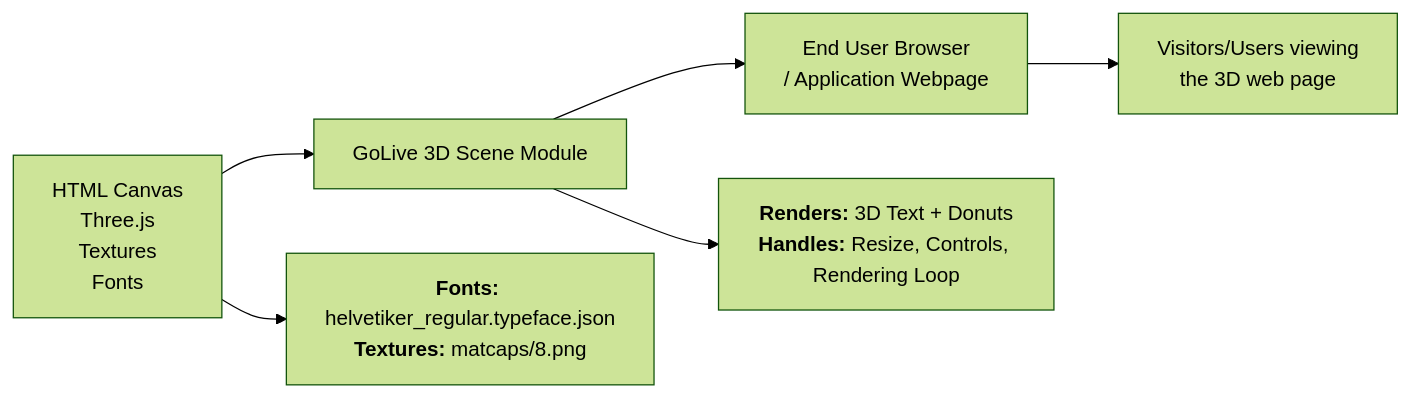
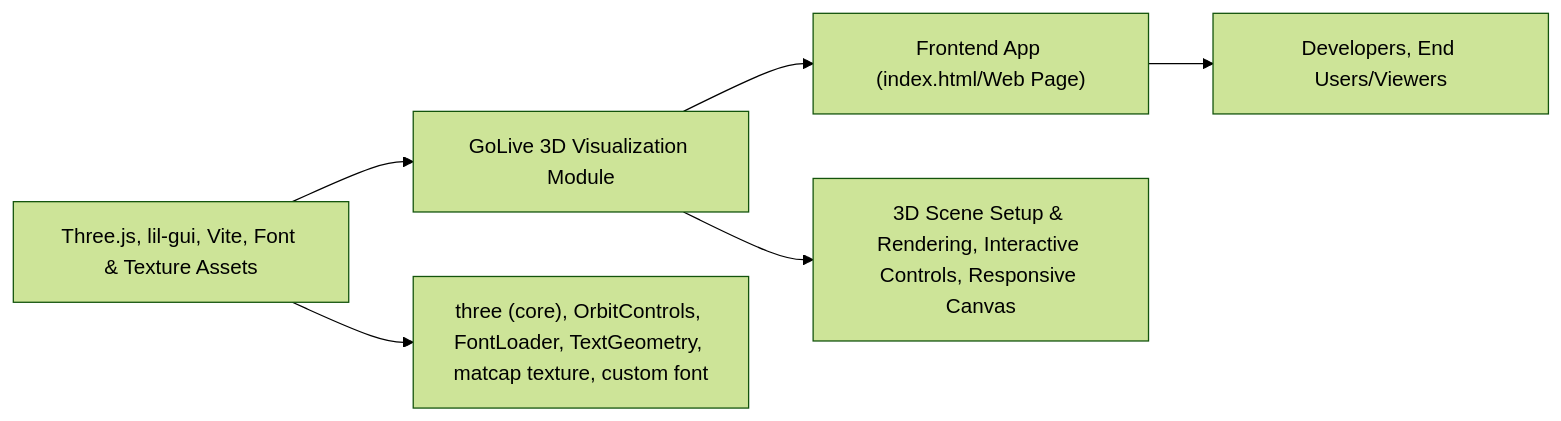
The diagram in .shelfya/guide/golive.md (NicoooM/three-js-test), drawn with Mermaid (forest theme) before and after one commit. The commit also changed other lines of this file and 15 other files, not shown here.

````diff
--- a/.shelfya/guide/golive.md
+++ b/.shelfya/guide/golive.md
@@ -51,8 +55,9 @@
 ```mermaid
 flowchart LR
-  dependencies["HTML Canvas<br/>Three.js<br/>Textures<br/>Fonts"] --> thisModule["GoLive 3D Scene Module"]
-  thisModule --> usedBy["End User Browser<br/>/ Application Webpage"]
-  dependencies --> details["<b>Fonts:</b> helvetiker_regular.typeface.json<br/><b>Textures:</b> matcaps/8.png"]
-  thisModule --> process["<b>Renders:</b> 3D Text + Donuts<br/><b>Handles:</b> Resize, Controls, Rendering Loop"]
-  usedBy --> consumers["Visitors/Users viewing<br/>the 3D web page"]
+  dependencies["Three.js, lil-gui, Vite, Font & Texture Assets"]
+    --> thisModule["GoLive 3D Visualization Module"]
+    --> usedBy["Frontend App (index.html/Web Page)"]
+  dependencies --> details["three (core), OrbitControls, FontLoader, TextGeometry, matcap texture, custom font"]
+  thisModule --> process["3D Scene Setup & Rendering, Interactive Controls, Responsive Canvas"]
+  usedBy --> consumers["Developers, End Users/Viewers"]
 ```
````
